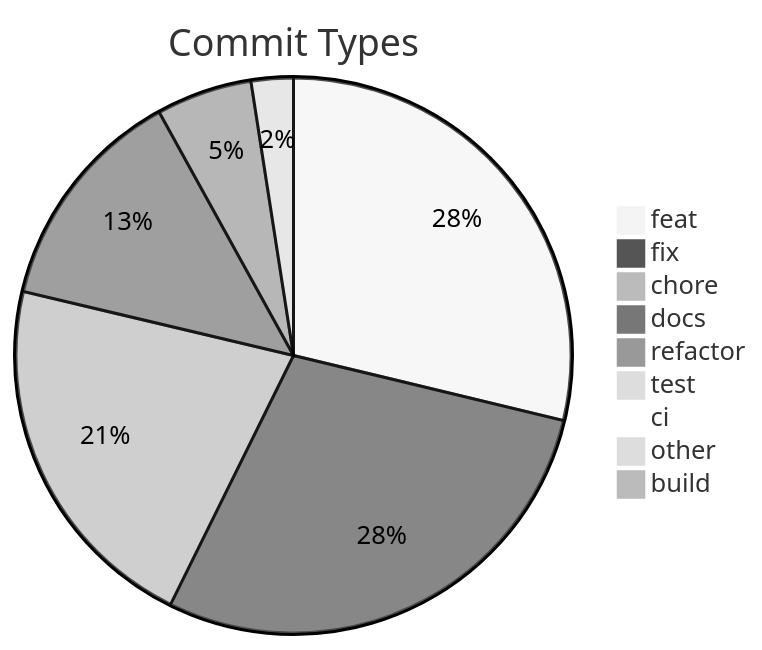
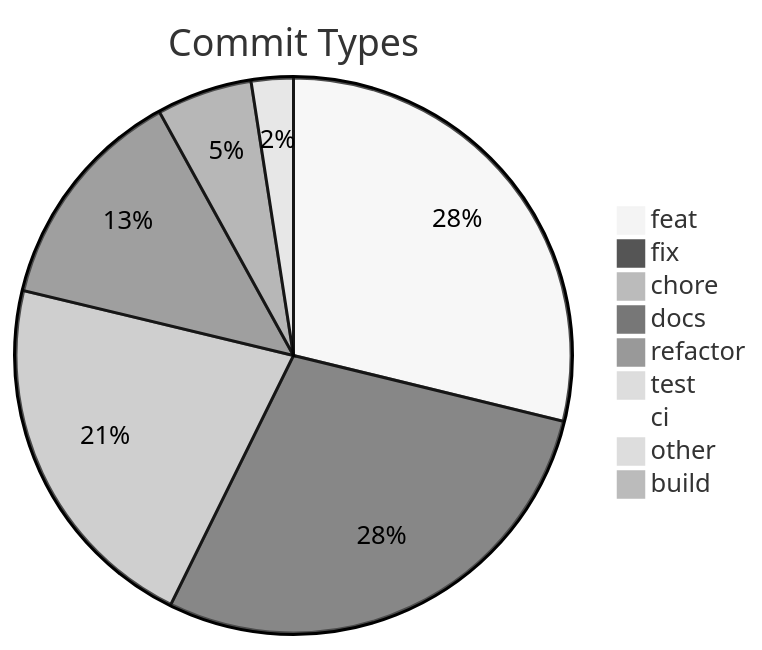
One commit to svenroth-ai/shipwright changed the diagram in .shipwright/compliance/change-history.md. Above: the diagram before and after it, drawn with Mermaid (neutral theme). The commit also changed other lines of this file and 18 other files, not shown here.

````diff
--- a/.shipwright/compliance/change-history.md
+++ b/.shipwright/compliance/change-history.md
@@ -8,12 +8,12 @@
 ```mermaid
 pie title Commit Types
-    "feat" : 258
+    "feat" : 259
     "fix" : 256
-    "chore" : 192
+    "chore" : 193
     "docs" : 119
     "refactor" : 50
     "test" : 22
     "ci" : 7
     "other" : 7
     "build" : 1
 ```
````
